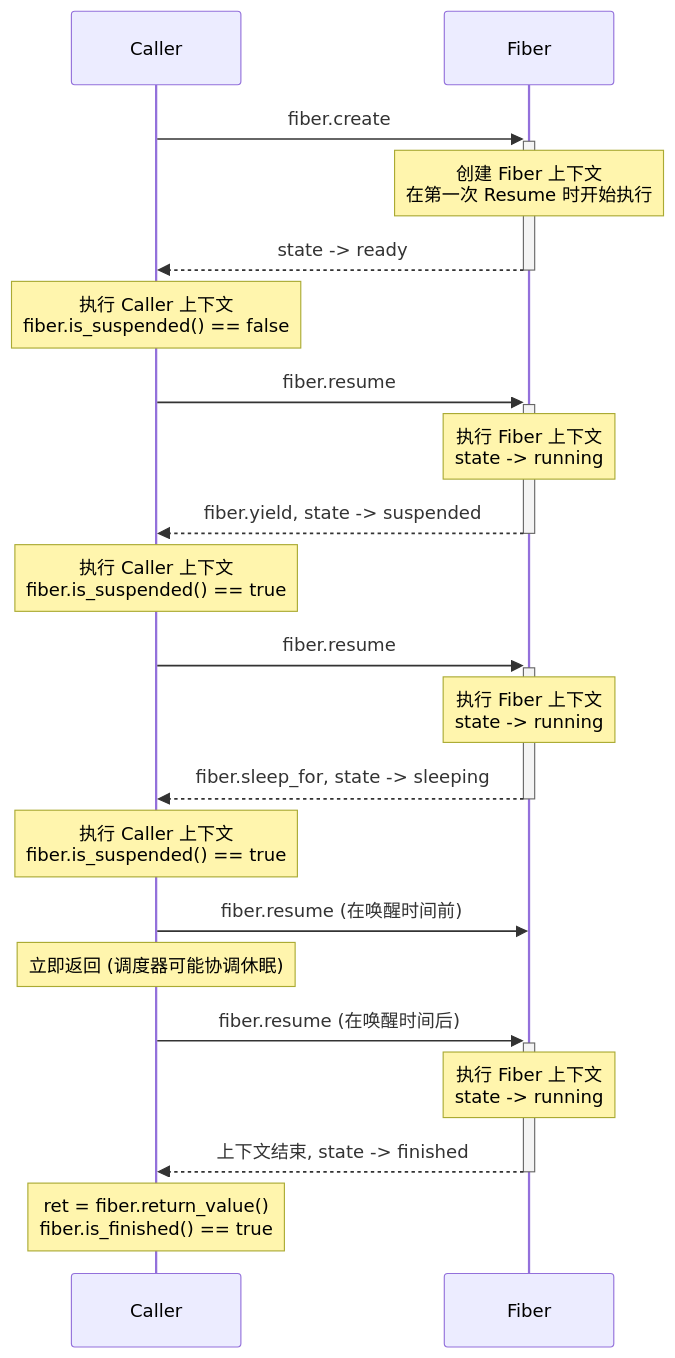
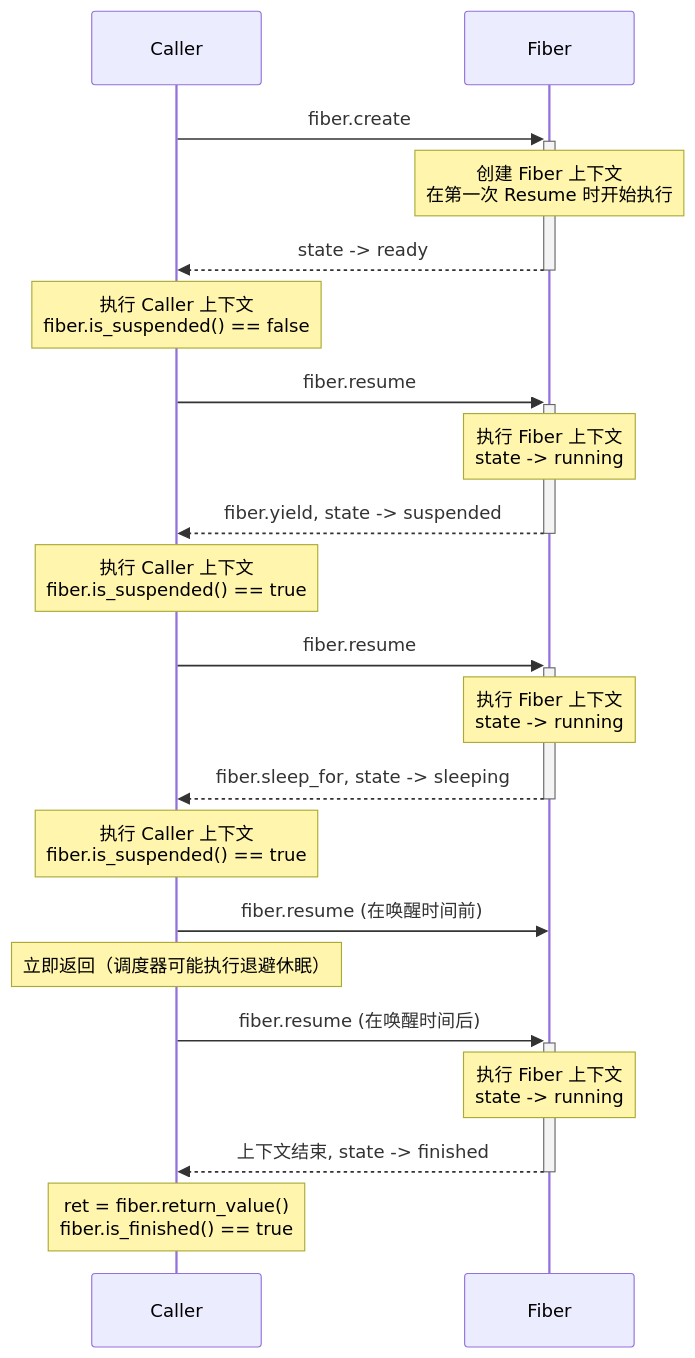
Before and after one commit to covscript/covscript: the first of 3 diagrams in docs/Asynchronous-zh.md, drawn with Mermaid. The commit also changed other lines of this file and 68 other files, not shown here.

````diff
--- a/docs/Asynchronous-zh.md
+++ b/docs/Asynchronous-zh.md
@@ -13,31 +13,31 @@
 ```mermaid
 sequenceDiagram
     participant C as Caller
     participant F as Fiber
 
     C->>+F: fiber.create
     Note over F: 创建 Fiber 上下文<br/>在第一次 Resume 时开始执行 
     F-->>-C: state -> ready
     Note over C: 执行 Caller 上下文<br/>fiber.is_suspended() == false
 
     C->>+F: fiber.resume
     Note over F: 执行 Fiber 上下文<br/>state -> running
 
     F-->>-C: fiber.yield, state -> suspended 
     Note over C: 执行 Caller 上下文<br/>fiber.is_suspended() == true
 
     C->>+F: fiber.resume
     Note over F: 执行 Fiber 上下文<br/>state -> running
 
     F-->>-C: fiber.sleep_for, state -> sleeping
     Note over C: 执行 Caller 上下文<br/>fiber.is_suspended() == true
 
     C->>F: fiber.resume (在唤醒时间前)
-    Note over C: 立即返回 (调度器可能协调休眠)
+    Note over C: 立即返回（调度器可能执行退避休眠）
 
     C->>+F: fiber.resume (在唤醒时间后)
     Note over F: 执行 Fiber 上下文<br/>state -> running
 
     F-->>-C: 上下文结束, state -> finished
     Note over C: ret = fiber.return_value()<br/>fiber.is_finished() == true
 ```
````
